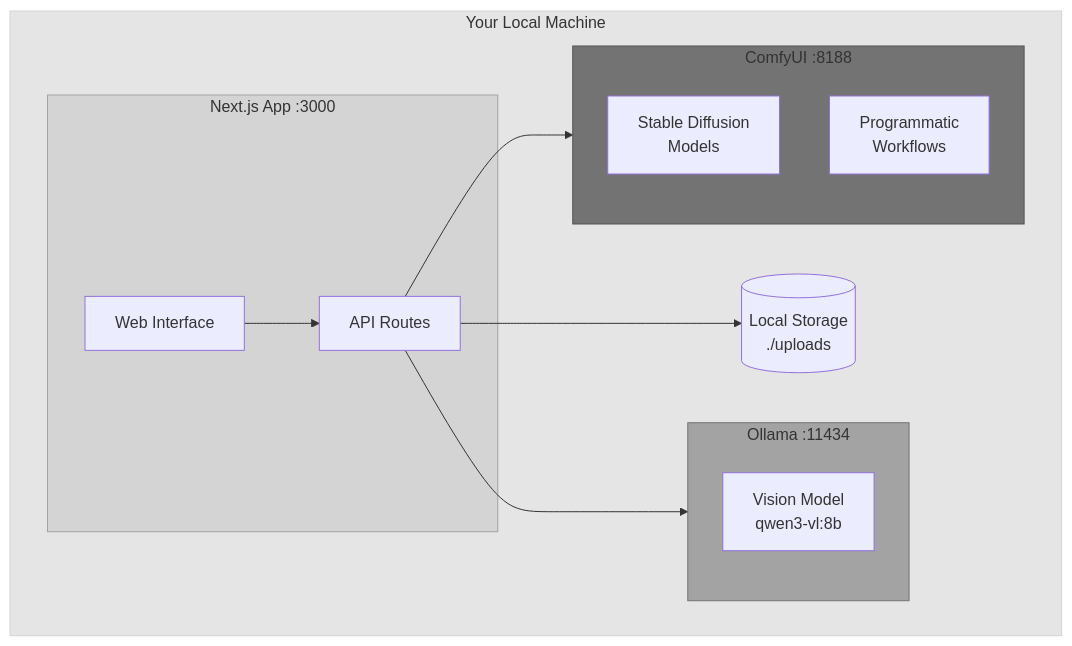
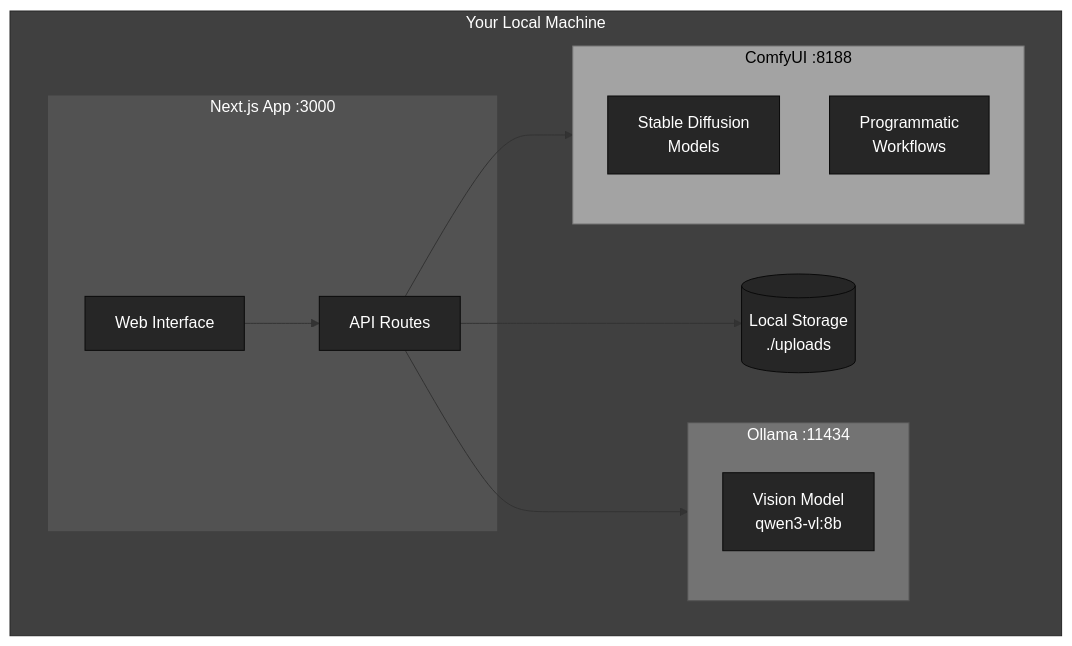
Before and after one commit to johnnaumann/anthroposcenic_001: the second of 4 diagrams in README.md, drawn with Mermaid. The commit also changed other lines of this file, not shown here.

Commit message:
Update README to enforce monotone styling in diagrams and flowcharts. Adjust color schemes to grayscale for improved consistency and accessibility across documentation. Add notes for user interface, server, and processing components in sequence diagrams.

````diff
--- a/README.md
+++ b/README.md
@@ -33,30 +33,36 @@
 ```mermaid
 graph TB
     subgraph local["Your Local Machine"]
         subgraph app["Next.js App :3000"]
             UI[Web Interface]
             API[API Routes]
         end
         
         subgraph ollama["Ollama :11434"]
             VM[Vision Model<br/>qwen3-vl:8b]
         end
         
         subgraph comfy["ComfyUI :8188"]
             SD[Stable Diffusion<br/>Models]
             WF[Programmatic<br/>Workflows]
         end
         
         FS[(Local Storage<br/>./uploads)]
     end
     
     UI --> API
     API --> ollama
     API --> comfy
     API --> FS
     
-    style local fill:#e5e5e5,stroke:#d4d4d4
-    style app fill:#d4d4d4,stroke:#a3a3a3
-    style ollama fill:#a3a3a3,stroke:#737373
-    style comfy fill:#737373,stroke:#525252
+    style local fill:#404040,stroke:#262626,color:#ffffff
+    style app fill:#525252,stroke:#404040,color:#ffffff
+    style ollama fill:#737373,stroke:#525252,color:#ffffff
+    style comfy fill:#a3a3a3,stroke:#737373,color:#000000
+    style UI fill:#262626,stroke:#0a0a0a,color:#ffffff
+    style API fill:#262626,stroke:#0a0a0a,color:#ffffff
+    style VM fill:#262626,stroke:#0a0a0a,color:#ffffff
+    style SD fill:#262626,stroke:#0a0a0a,color:#ffffff
+    style WF fill:#262626,stroke:#0a0a0a,color:#ffffff
+    style FS fill:#262626,stroke:#0a0a0a,color:#ffffff
 ```
````
